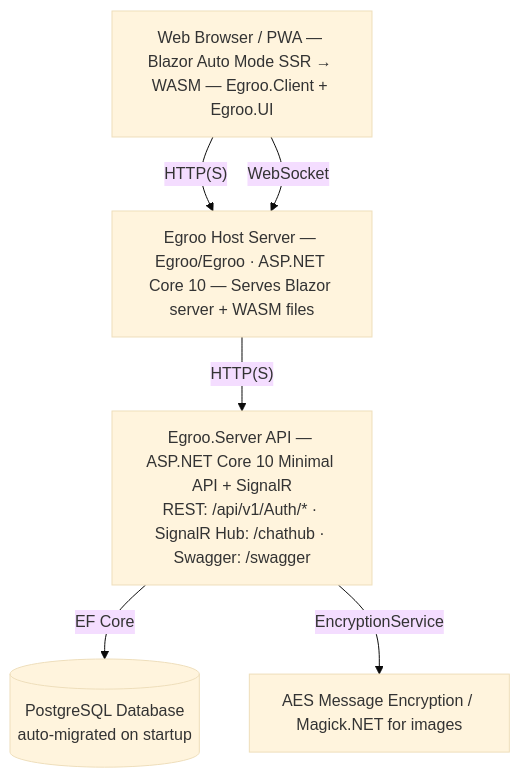
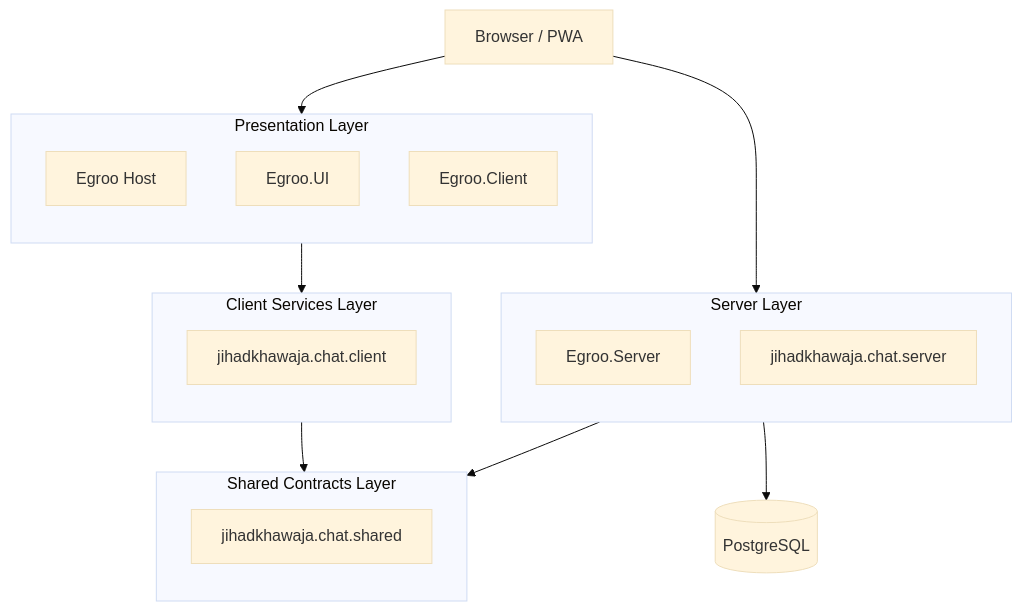
Before and after one commit to jihadkhawaja/Egroo: the first of 5 diagrams in wiki/Architecture.md, drawn with Mermaid (base theme). The commit also changed other lines of this file and 106 other files, not shown here.

````diff
--- a/wiki/Architecture.md
+++ b/wiki/Architecture.md
@@ -7,14 +7,35 @@
 ```mermaid
 flowchart TD
-    Browser["Web Browser / PWA — Blazor Auto Mode SSR → WASM — Egroo.Client + Egroo.UI"]
-    Host["Egroo Host Server — Egroo/Egroo · ASP.NET Core 10 — Serves Blazor server + WASM files"]
-    API["Egroo.Server API — ASP.NET Core 10 Minimal API + SignalR\nREST: /api/v1/Auth/* · SignalR Hub: /chathub · Swagger: /swagger"]
-    DB[("PostgreSQL Database\nauto-migrated on startup")]
-    Enc["AES Message Encryption / Magick.NET for images"]
+    Browser["Browser / PWA"]
+    Db[("PostgreSQL")]
 
-    Browser -- "HTTP(S)" --> Host
-    Browser -- "WebSocket" --> Host
-    Host -- "HTTP(S)" --> API
-    API -- "EF Core" --> DB
-    API -- "EncryptionService" --> Enc
+    subgraph PresentationLayer["Presentation Layer"]
+        direction TB
+        Host["Egroo Host"]
+        UI["Egroo.UI"]
+        Client["Egroo.Client"]
+    end
+
+    subgraph ClientServicesLayer["Client Services Layer"]
+        direction TB
+        ChatClient["jihadkhawaja.chat.client"]
+    end
+
+    subgraph ServerLayer["Server Layer"]
+        direction TB
+        Api["Egroo.Server"]
+        ChatServer["jihadkhawaja.chat.server"]
+    end
+
+    subgraph SharedLayer["Shared Contracts Layer"]
+        direction TB
+        Shared["jihadkhawaja.chat.shared"]
+    end
+
+    Browser --> PresentationLayer
+    Browser --> ServerLayer
+    PresentationLayer --> ClientServicesLayer
+    ClientServicesLayer --> SharedLayer
+    ServerLayer --> SharedLayer
+    ServerLayer --> Db
 ```
````
